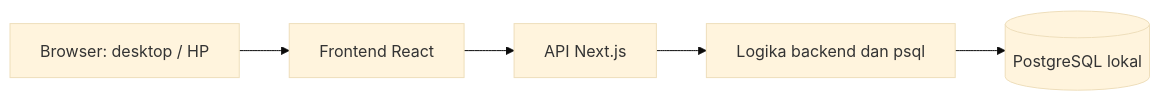
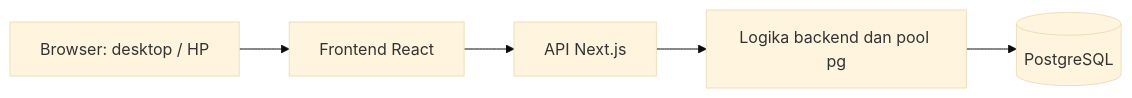
The diagram in README.md (Alagaputra/Souvenir-Tracking), drawn with Mermaid (base theme) before and after one commit. The commit also changed other lines of this file and 53 other files, not shown here.

````diff
--- a/README.md
+++ b/README.md
@@ -32,7 +39,7 @@
 ```mermaid
 flowchart LR
     A[Browser: desktop / HP] --> B[Frontend React]
     B --> C[API Next.js]
-    C --> D[Logika backend dan psql]
-    D --> E[(PostgreSQL lokal)]
+    C --> D[Logika backend dan pool pg]
+    D --> E[(PostgreSQL)]
 ```
````
